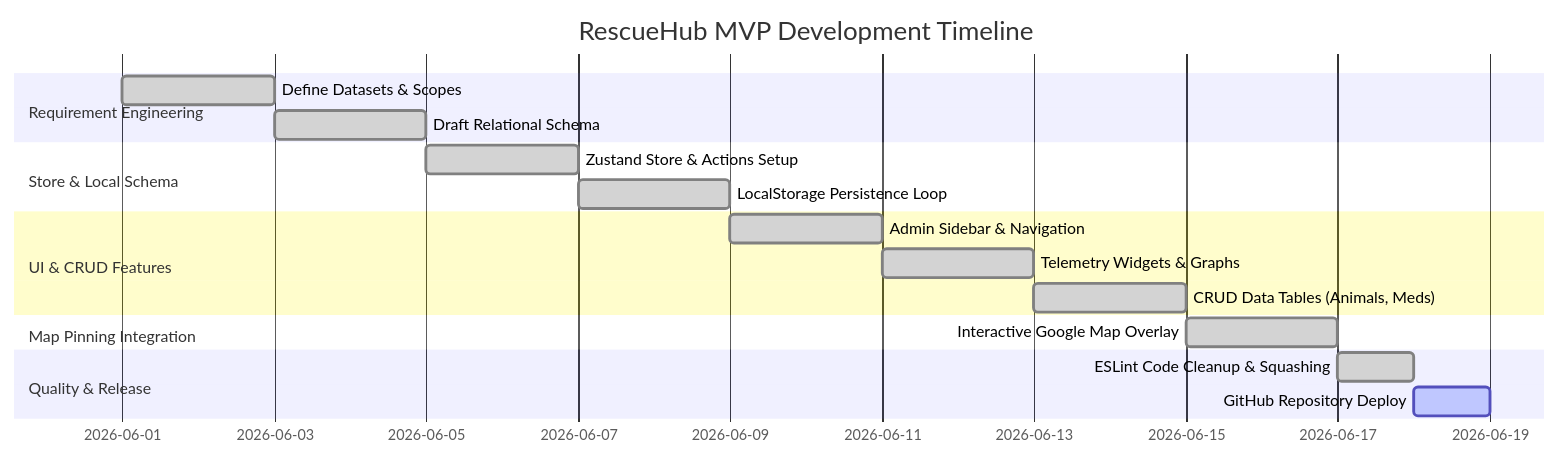
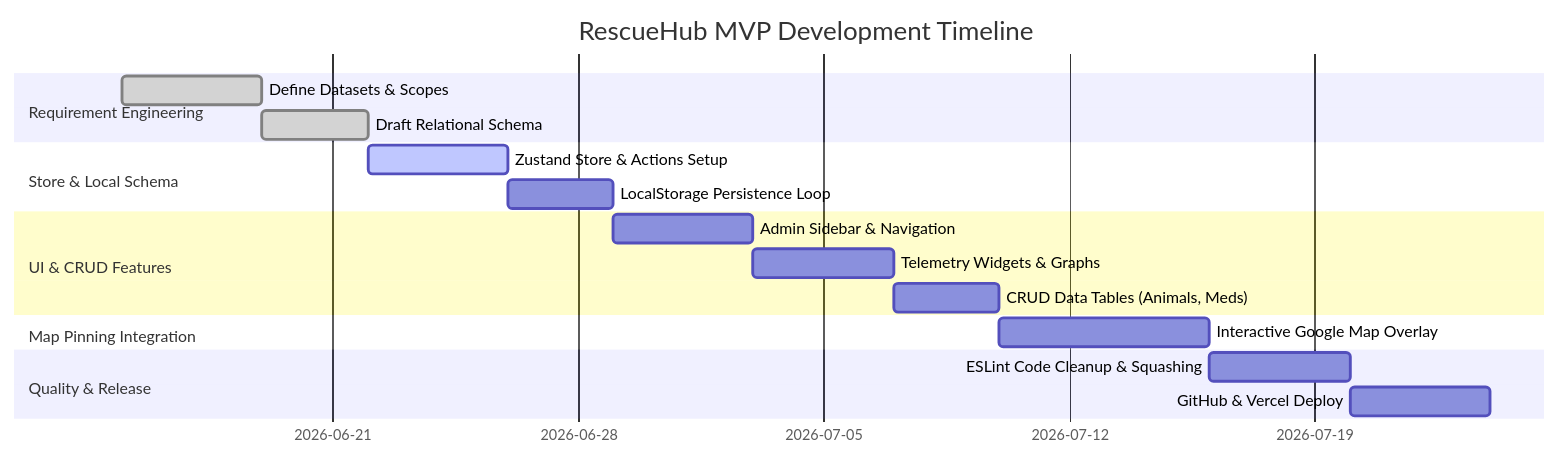
Before and after one commit to Hubrisdog/rescue-hub: the second of 2 diagrams in im2/README.md, drawn with Mermaid.

Commit message:
docs: update Gantt chart development schedule to target July 24, 2026 completion

````diff
--- a/im2/README.md
+++ b/im2/README.md
@@ -243,20 +243,20 @@
 ```mermaid
 gantt
     title RescueHub MVP Development Timeline
     dateFormat  YYYY-MM-DD
     section Requirement Engineering
-    Define Datasets & Scopes          :done,    des1, 2026-06-01, 2026-06-03
-    Draft Relational Schema           :done,    des2, 2026-06-03, 2026-06-05
+    Define Datasets & Scopes          :done,    des1, 2026-06-15, 2026-06-19
+    Draft Relational Schema           :done,    des2, 2026-06-19, 2026-06-22
     section Store & Local Schema
-    Zustand Store & Actions Setup     :done,    sto1, 2026-06-05, 2026-06-07
-    LocalStorage Persistence Loop     :done,    sto2, 2026-06-07, 2026-06-09
+    Zustand Store & Actions Setup     :active,  sto1, 2026-06-22, 2026-06-26
+    LocalStorage Persistence Loop     :         sto2, 2026-06-26, 2026-06-29
     section UI & CRUD Features
-    Admin Sidebar & Navigation        :done,    ui1,  2026-06-09, 2026-06-11
-    Telemetry Widgets & Graphs        :done,    ui2,  2026-06-11, 2026-06-13
-    CRUD Data Tables (Animals, Meds)  :done,    ui3,  2026-06-13, 2026-06-15
+    Admin Sidebar & Navigation        :         ui1,  2026-06-29, 2026-07-03
+    Telemetry Widgets & Graphs        :         ui2,  2026-07-03, 2026-07-07
+    CRUD Data Tables (Animals, Meds)  :         ui3,  2026-07-07, 2026-07-10
     section Map Pinning Integration
-    Interactive Google Map Overlay    :done,    map1, 2026-06-15, 2026-06-17
+    Interactive Google Map Overlay    :         map1, 2026-07-10, 2026-07-16
     section Quality & Release
-    ESLint Code Cleanup & Squashing   :done,    rel1, 2026-06-17, 2026-06-18
-    GitHub Repository Deploy          :active,  rel2, 2026-06-18, 2026-06-19
+    ESLint Code Cleanup & Squashing   :         rel1, 2026-07-16, 2026-07-20
+    GitHub & Vercel Deploy            :         rel2, 2026-07-20, 2026-07-24
 ```
````
